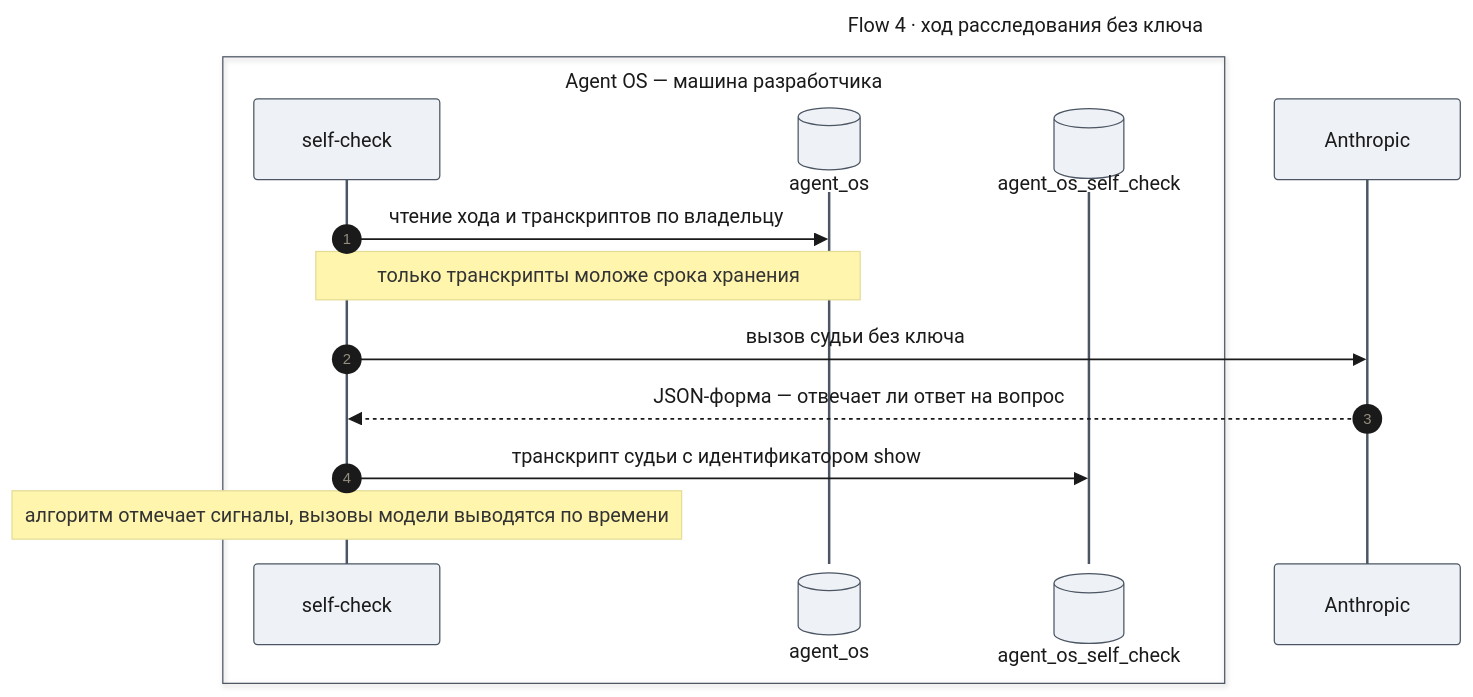
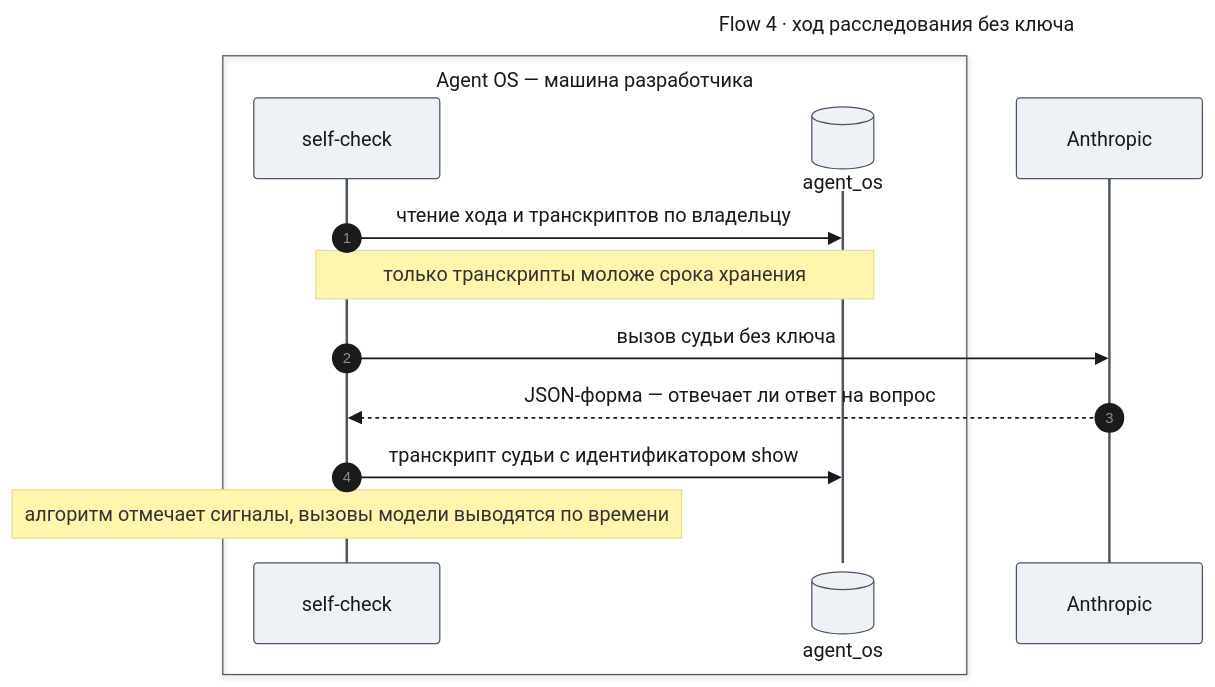
Diagram 12 of 13 in docs/features/agent-quality/design-self-check.md (tundraray/agent-os), drawn with Mermaid before and after one commit. The commit also changed other lines of this file and 7 other files, not shown here.

````diff
--- a/docs/features/agent-quality/design-self-check.md
+++ b/docs/features/agent-quality/design-self-check.md
@@ -860,34 +856,33 @@
 ```mermaid
 ---
 title: "Flow 4 · ход расследования без ключа"
 config:
   theme: base
   look: classic
   themeVariables:
     primaryColor: "#eef1f5"
     primaryBorderColor: "#4b5563"
     primaryTextColor: "#1a1a1a"
     lineColor: "#6b7280"
   themeCSS: |
     @keyframes lit_f4{0%,22.5%{stroke:#991b1b;stroke-width:6px}25%,100%{stroke:#37474f;stroke-width:2px}}
     @keyframes litr_f4{0%,22.5%{stroke:#1d4ed8;stroke-width:6px}25%,100%{stroke:#37474f;stroke-width:2px}}
     .messageLine0[data-id='i1'],.messageLine1[data-id='i1']{animation:litr_f4 4.8s linear 0s infinite}
     .messageLine0[data-id='i3'],.messageLine1[data-id='i3']{animation:litr_f4 4.8s linear 1.2s infinite}
     .messageLine0[data-id='i4'],.messageLine1[data-id='i4']{animation:litr_f4 4.8s linear 2.4s infinite}
     .messageLine0[data-id='i5'],.messageLine1[data-id='i5']{animation:lit_f4 4.8s linear 3.6s infinite}
 ---
 sequenceDiagram
     autonumber
     box Agent OS — машина разработчика
         participant SC as self-check
         participant M@{ "type": "database" } as agent_os
-        participant DB@{ "type": "database" } as agent_os_self_check
     end
     participant A as Anthropic
     SC->>M: чтение хода и транскриптов по владельцу
     Note over SC,M: только транскрипты моложе срока хранения
     SC->>A: вызов судьи без ключа
     A-->>SC: JSON-форма — отвечает ли ответ на вопрос
-    SC->>DB: транскрипт судьи с идентификатором show
+    SC->>M: транскрипт судьи с идентификатором show
     Note over SC: алгоритм отмечает сигналы, вызовы модели выводятся по времени
 ```
````
